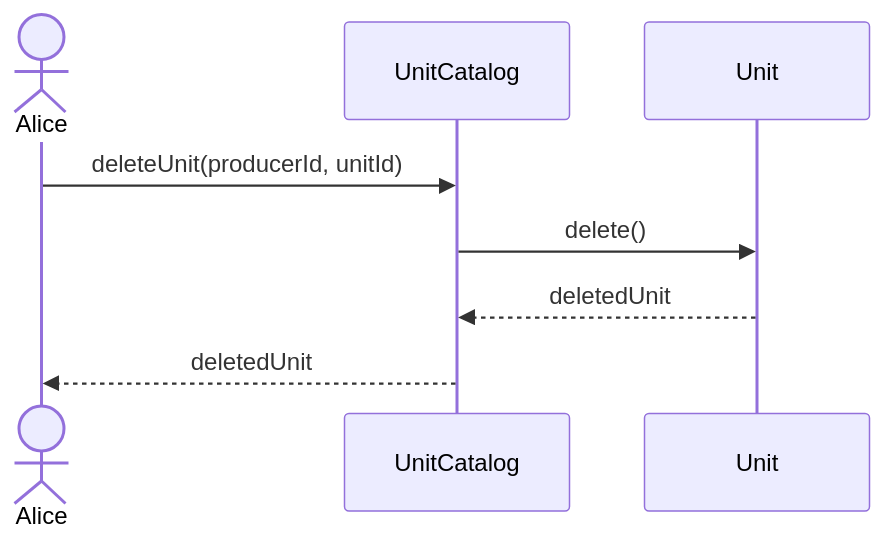
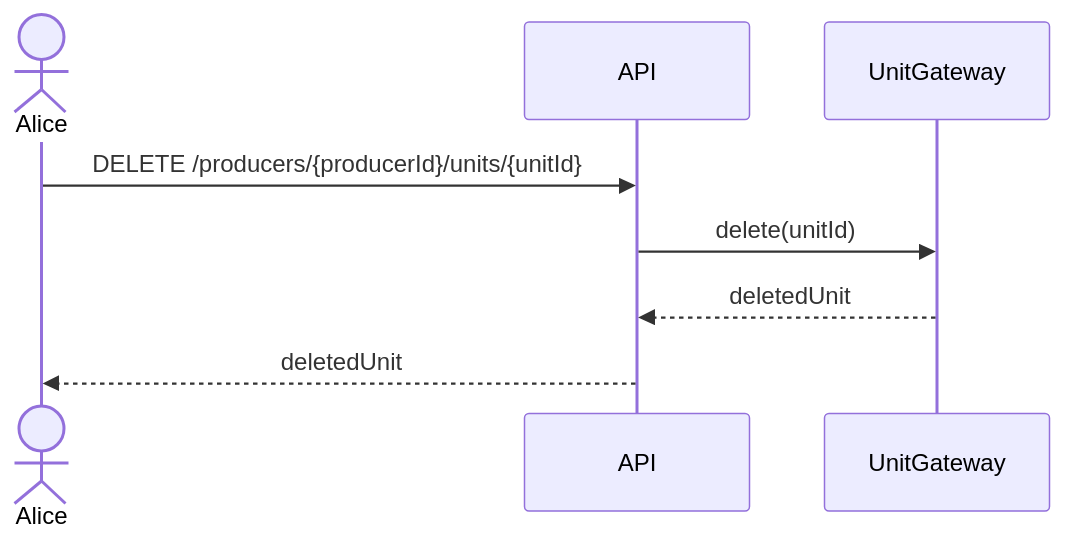
Before and after one commit to hivetown/planning: diagram 21 of 32 in sequence.md, drawn with Mermaid. The commit also changed other lines of this file, not shown here.

Commit message:
diagramas de sequência

````diff
--- a/sequence.md
+++ b/sequence.md
@@ -728,11 +731,13 @@
 ```mermaid
 sequenceDiagram
     actor A as Alice
-    participant UC as UnitCatalog
-    participant U as Unit
+    participant API as API
+    participant UG as UnitGateway
 
-    A ->> UC: deleteUnit(producerId, unitId)
-    UC ->> U: delete()
-    U -->> UC: deletedUnit
-    UC -->> A: deletedUnit
+    A ->> API: DELETE /producers/{producerId}/units/{unitId}
+
+    API ->> UG: delete(unitId)
+    UG -->> API: deletedUnit
+
+    API -->> A: deletedUnit
 ```
````
